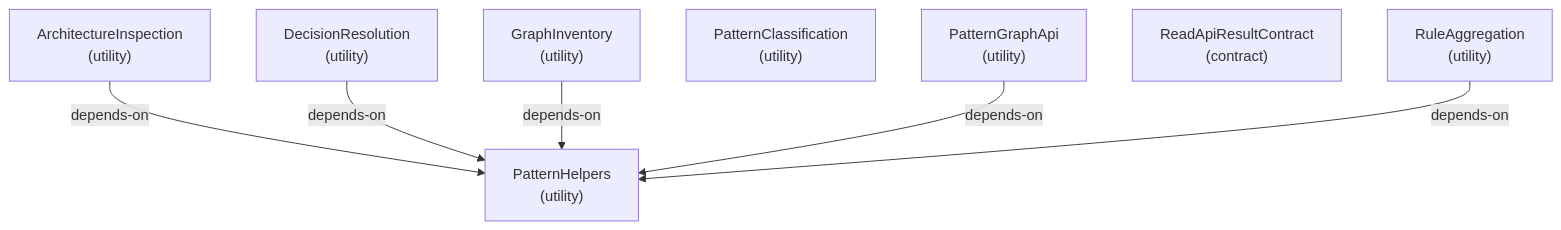
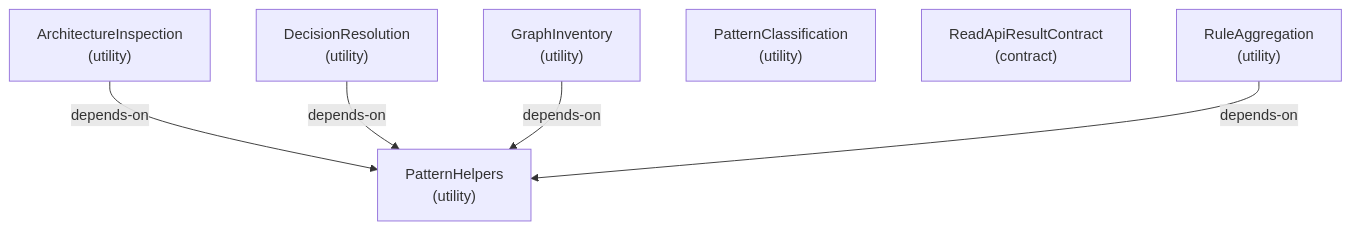
Diagram 19 of 23 in docs-live/ARCHITECTURE.md (libar-dev/architect), drawn with Mermaid before and after one commit. The commit also changed other lines of this file and 185 other files, not shown here.

Commit message:
refactor(architect): replace facade with frozen graph handle

````diff
--- a/docs-live/ARCHITECTURE.md
+++ b/docs-live/ARCHITECTURE.md
@@ -497,16 +499,14 @@
 ```mermaid
 graph TD
   architectureinspection["ArchitectureInspection<br/>(utility)"]
   decisionresolution["DecisionResolution<br/>(utility)"]
   graphinventory["GraphInventory<br/>(utility)"]
   patternclassification["PatternClassification<br/>(utility)"]
-  patterngraphapi["PatternGraphApi<br/>(utility)"]
   patternhelpers["PatternHelpers<br/>(utility)"]
   readapiresultcontract["ReadApiResultContract<br/>(contract)"]
   ruleaggregation["RuleAggregation<br/>(utility)"]
   architectureinspection -->|depends-on| patternhelpers
   decisionresolution -->|depends-on| patternhelpers
   graphinventory -->|depends-on| patternhelpers
-  patterngraphapi -->|depends-on| patternhelpers
   ruleaggregation -->|depends-on| patternhelpers
 ```
````
